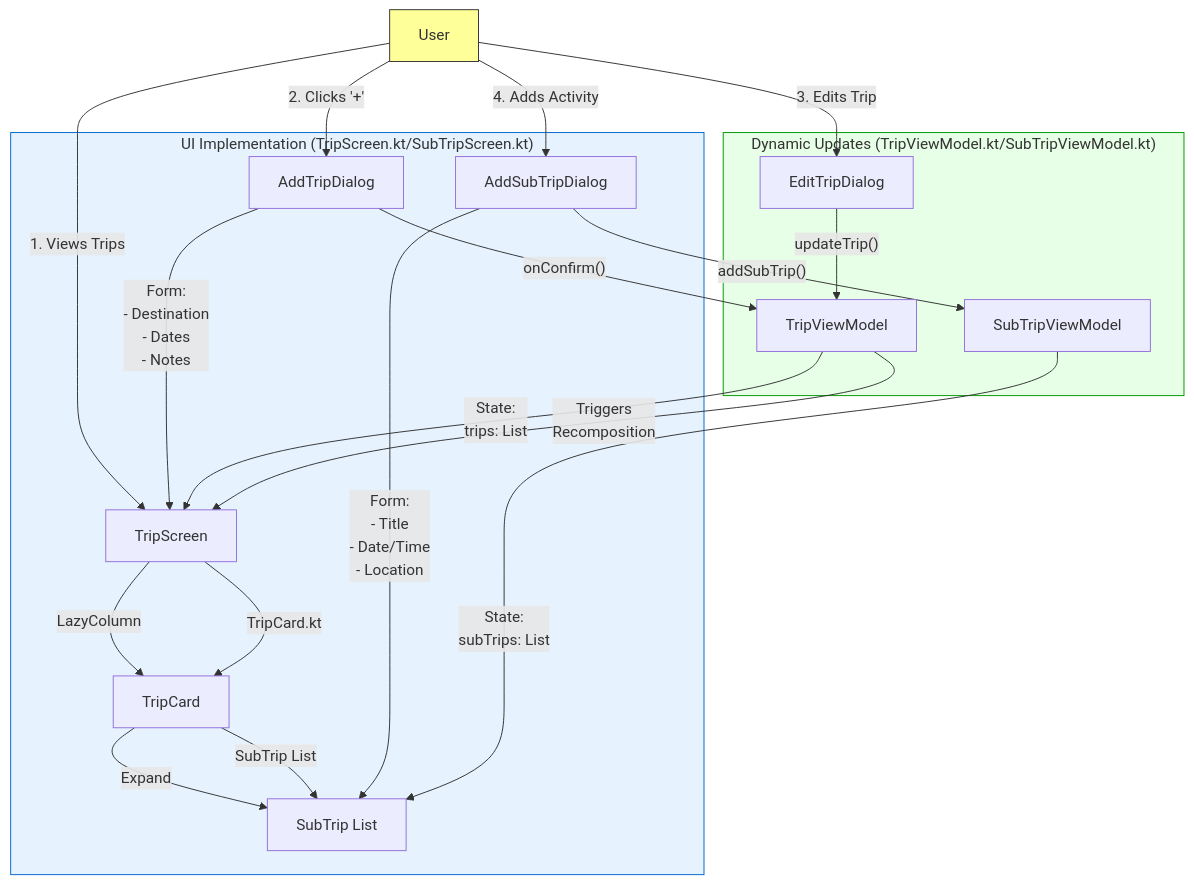
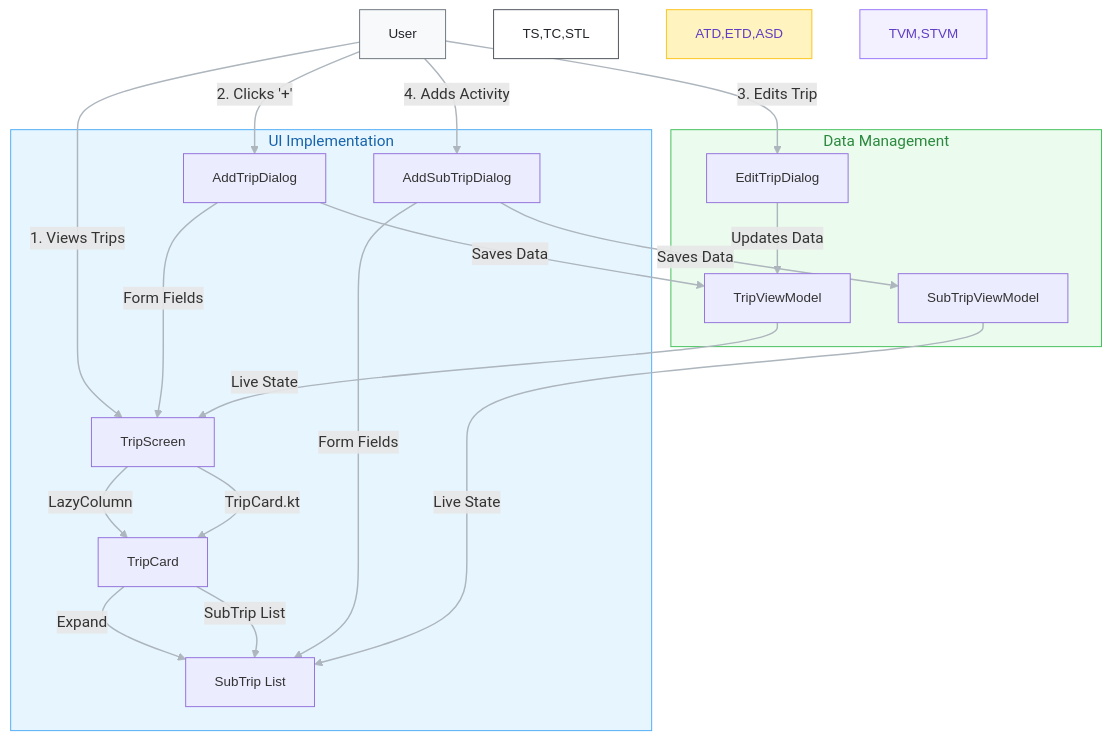
The third of 3 diagrams in documentation/design.md (GEI3-Udl-2025/Travel_World), drawn with Mermaid before and after one commit.

````diff
--- a/documentation/design.md
+++ b/documentation/design.md
@@ -67,40 +67,39 @@
 ```mermaid
 flowchart TD
     %% ===== T2.1 User Interaction Structure =====
     U[User] -->|1. Views Trips| TS[TripScreen]
     TS -->|LazyColumn| TC[TripCard]
     TC -->|Expand| STL[SubTrip List]
     U -->|2. Clicks '+'| ATD[AddTripDialog]
     U -->|3. Edits Trip| ETD[EditTripDialog]
     U -->|4. Adds Activity| ASD[AddSubTripDialog]
 
-    %% ===== T2.2 UI Components (from your files) =====
-    subgraph UI_Flow["UI Implementation (TripScreen.kt/SubTripScreen.kt)"]
+    %% ===== T2.2 UI Components =====
+    subgraph UI_Flow["UI Implementation"]
         TS -->|"TripCard.kt"| TC
         TC -->|"SubTrip List"| STL
-        ATD -->|"Form:\n- Destination\n- Dates\n- Notes"| TS
-        ASD -->|"Form:\n- Title\n- Date/Time\n- Location"| STL
+        ATD -->|"Form Fields"| TS
+        ASD -->|"Form Fields"| STL
     end
 
-    %% ===== T2.3 Data Flow (from your ViewModels) =====
-    subgraph Data_Flow["Dynamic Updates (TripViewModel.kt/SubTripViewModel.kt)"]
-        TVM[TripViewModel] -->|"State:\ntrips: List<Trip>"| TS
-        STVM[SubTripViewModel] -->|"State:\nsubTrips: List<SubTrip>"| STL
-        ATD -->|"onConfirm()"| TVM
-        ETD -->|"updateTrip()"| TVM
-        ASD -->|"addSubTrip()"| STVM
-        TVM -->|"Triggers\nRecomposition"| TS
+    %% ===== T2.3 Data Flow =====
+    subgraph Data_Flow["Data Management"]
+        TVM[TripViewModel] -->|"Live State"| TS
+        STVM[SubTripViewModel] -->|"Live State"| STL
+        ATD -->|"Saves Data"| TVM
+        ETD -->|"Updates Data"| TVM
+        ASD -->|"Saves Data"| STVM
     end
 
-    %% ===== File References =====
-    click TS "TripScreen.kt"
-    click STL "SubTripScreen.kt"
-    click TVM "TripViewModel.kt"
-    click STVM "SubTripViewModel.kt"
-    click TC "TripCard.kt"
+    %% ===== Styling =====
+    style U fill:#f8f9fa,stroke:#6c757d,color:#212529
+    style UI_Flow fill:#e7f5ff,stroke:#4dabf7,color:#1864ab
+    style Data_Flow fill:#ebfbee,stroke:#40c057,color:#2b8a3e
+    style TS,TC,STL fill:#ffffff,stroke:#495057,color:#212529
+    style ATD,ETD,ASD fill:#fff3bf,stroke:#fcc419,color:#5f3dc4
+    style TVM,STVM fill:#f3f0ff,stroke:#9775fa,color:#5f3dc4
 
-    %% ===== Styling =====
-    style U fill:#ff9,stroke:#333
-    style UI_Flow fill:#e6f3ff,stroke:#0066cc
-    style Data_Flow fill:#e6ffe6,stroke:#009900
+    %% ===== Visual Optimization =====
+    classDef default font-family:Helvetica,font-size:14px
+    linkStyle default stroke:#adb5bd,stroke-width:1.5px
 ```
````
